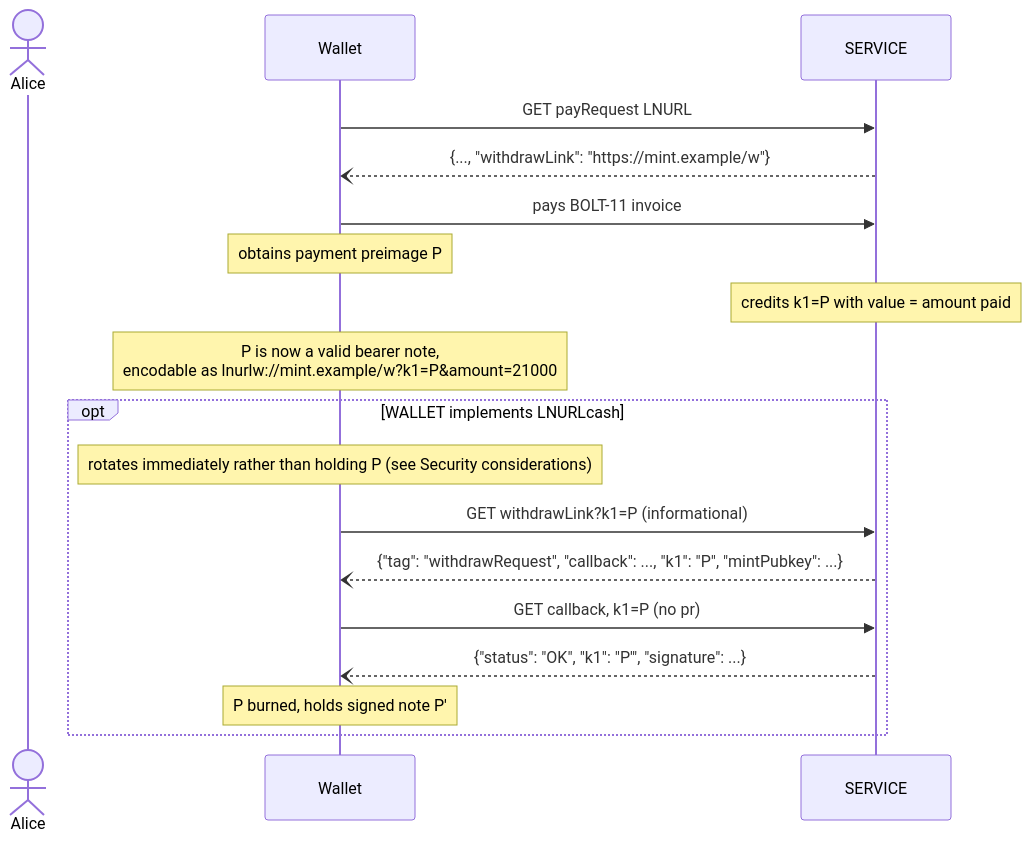
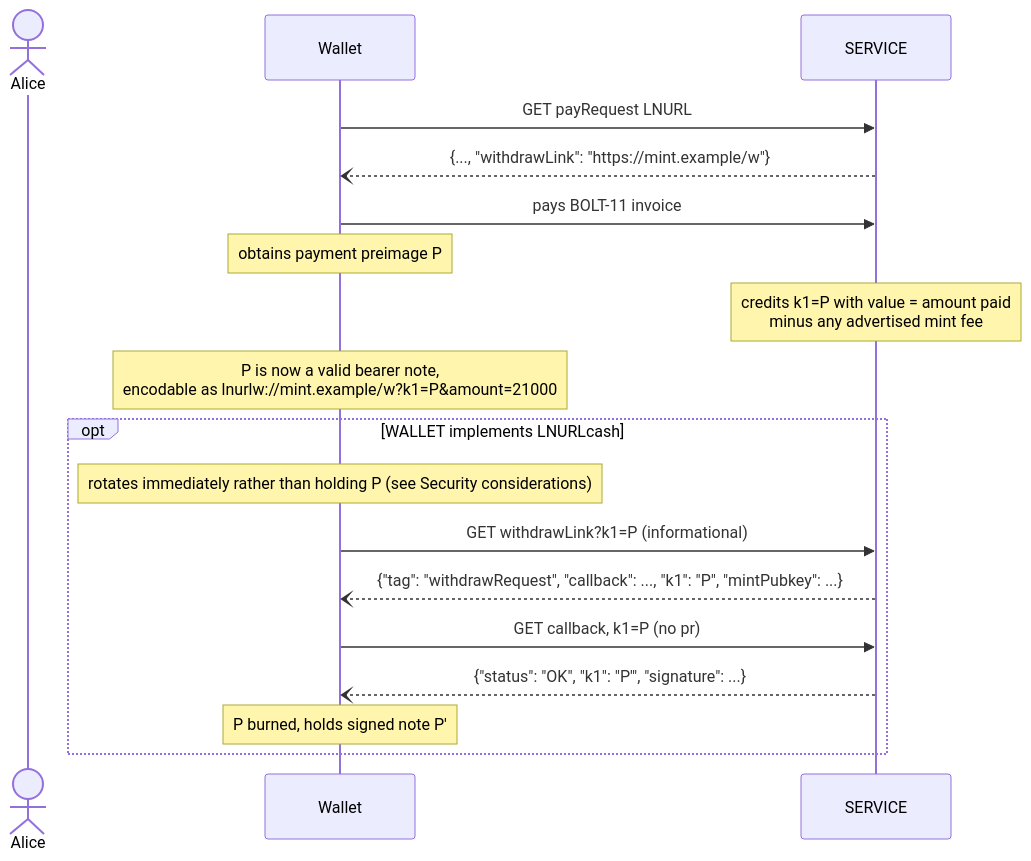
One commit to lnurl/luds changed the first of 2 diagrams in XX.md. Above: the diagram before and after it, drawn with Mermaid. The commit also changed other lines of this file, not shown here.

Commit message:
add mint fees

````diff
--- a/XX.md
+++ b/XX.md
@@ -31,20 +33,20 @@
 ```mermaid
 sequenceDiagram
     actor Alice
     participant Wallet
     participant SERVICE
     Wallet->>SERVICE: GET payRequest LNURL
     SERVICE--)Wallet: {..., "withdrawLink": "https://mint.example/w"}
     Wallet->>SERVICE: pays BOLT-11 invoice
     Note over Wallet: obtains payment preimage P
-    Note over SERVICE: credits k1=P with value = amount paid
+    Note over SERVICE: credits k1=P with value = amount paid<br/>minus any advertised mint fee
     Note over Wallet: P is now a valid bearer note,<br/>encodable as lnurlw://mint.example/w?k1=P&amount=21000
     opt WALLET implements LNURLcash
         Note over Wallet: rotates immediately rather than holding P (see Security considerations)
         Wallet->>SERVICE: GET withdrawLink?k1=P (informational)
         SERVICE--)Wallet: {"tag": "withdrawRequest", "callback": ..., "k1": "P", "mintPubkey": ...}
         Wallet->>SERVICE: GET callback, k1=P (no pr)
         SERVICE--)Wallet: {"status": "OK", "k1": "P'", "signature": ...}
         Note over Wallet: P burned, holds signed note P'
     end
 ```
````
